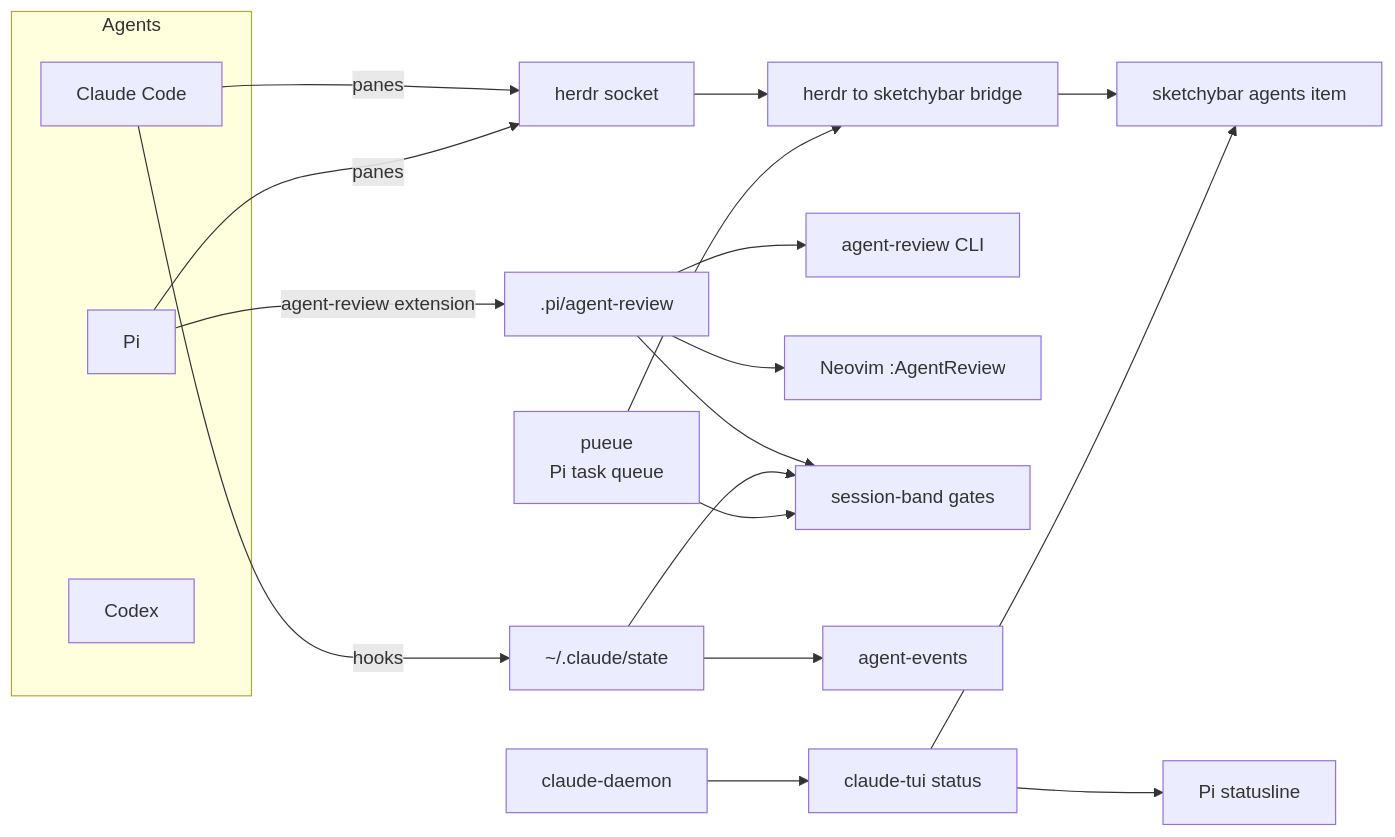
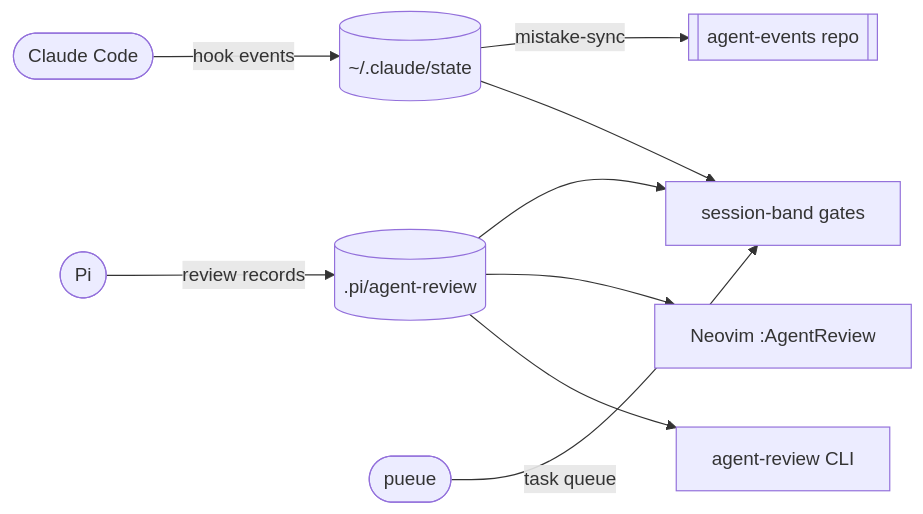
One commit to vietbui1999ru/llm-wiki changed the third of 8 diagrams in docs-site/guides/harness-migration.mdx. Above: the diagram before and after it, drawn with Mermaid. The commit also changed other lines of this file and 3 other files, not shown here.

First line of the commit message:
docs(guides): harness migration as an 8-chart MVP presentation (#61)

````diff
--- a/docs-site/guides/harness-migration.mdx
+++ b/docs-site/guides/harness-migration.mdx
@@ -75,29 +114,21 @@
 ```mermaid
 flowchart LR
-    subgraph AGENTS["Agents"]
-        CC["Claude Code"]
-        PI["Pi"]
-        CX["Codex"]
-    end
+    CC(["Claude Code"])
+    PI(["Pi"])
+    STATE[("~/.claude/state")]
+    REVIEW[(".pi/agent-review")]
+    PUEUE(["pueue"])
+    BAND["session-band gates"]
+    CLI["agent-review CLI"]
+    NVIM["Neovim :AgentReview"]
+    EVENTS[["agent-events repo"]]
 
-    CC -- "hooks" --> STATE["~/.claude/state"]
-    CC -- "panes" --> HERDR["herdr socket"]
-    PI -- "panes" --> HERDR
-    PI -- "agent-review extension" --> REVIEW[".pi/agent-review"]
-    PUEUE["pueue<br>Pi task queue"]
-
-    HERDR --> BRIDGE["herdr to sketchybar bridge"]
-    PUEUE --> BRIDGE
-    BRIDGE --> SB["sketchybar agents item"]
-
-    REVIEW --> CLI["agent-review CLI"]
-    REVIEW --> NVIM["Neovim :AgentReview"]
-    REVIEW --> BAND["session-band gates"]
+    CC -- "hook events" --> STATE
+    PI -- "review records" --> REVIEW
+    REVIEW --> CLI
+    REVIEW --> NVIM
+    REVIEW --> BAND
     STATE --> BAND
-    PUEUE --> BAND
-    STATE --> EVENTS["agent-events"]
-
-    DAEMON["claude-daemon"] --> TUI["claude-tui status"]
-    TUI --> SB
-    TUI --> PISTAT["Pi statusline"]
+    PUEUE -- "task queue" --> BAND
+    STATE -- "mistake-sync" --> EVENTS
 ```
````
